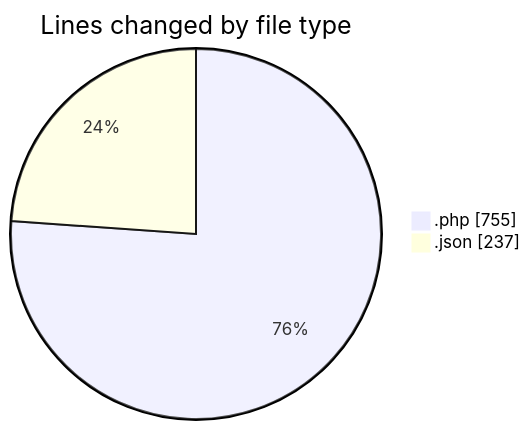
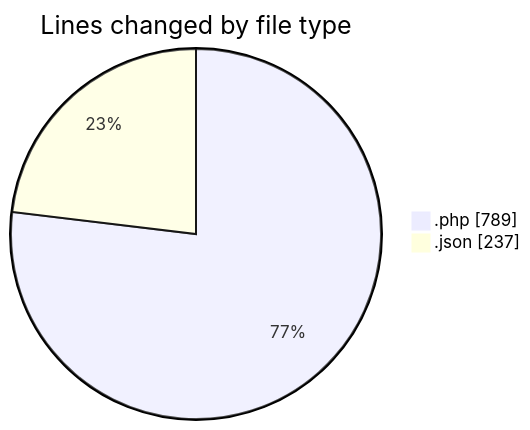
The first of 2 diagrams in 2025-06-02/studio-backend/README.md (idhammustaqopulfikri/code-tracking), drawn with Mermaid before and after one commit. The commit also changed other lines of this file and 1 other file, not shown here.

````diff
--- a/2025-06-02/studio-backend/README.md
+++ b/2025-06-02/studio-backend/README.md
@@ -31,6 +32,6 @@
 ```mermaid
 pie showData
 title Lines changed by file type
-".php" : 755
+".php" : 789
 ".json" : 237
 ```
````
